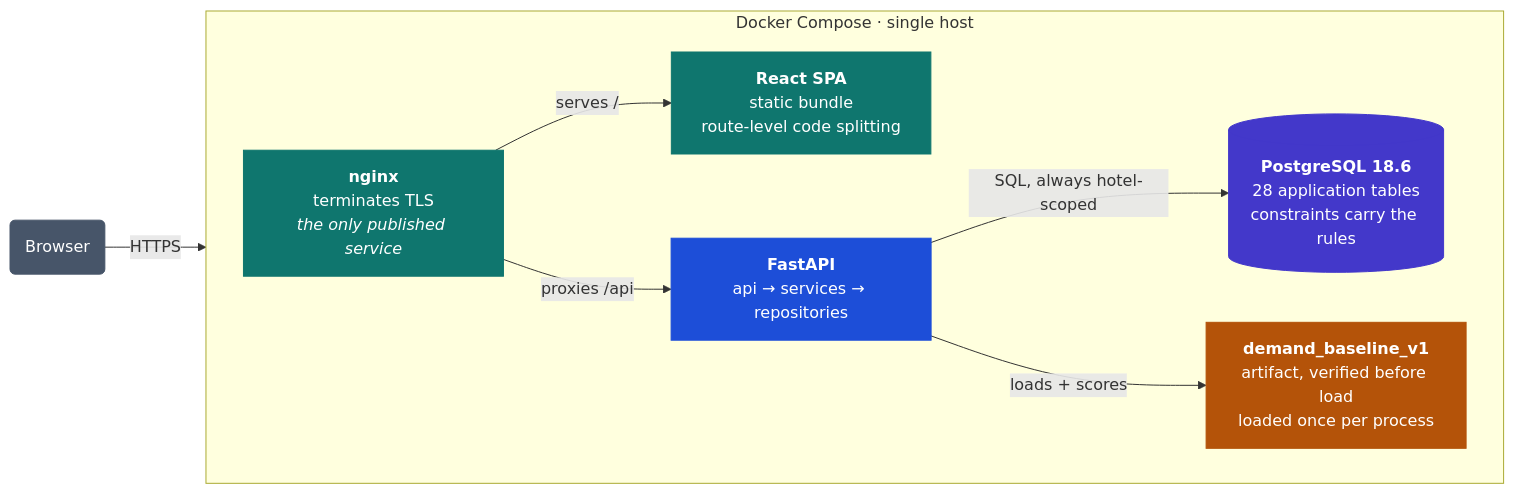
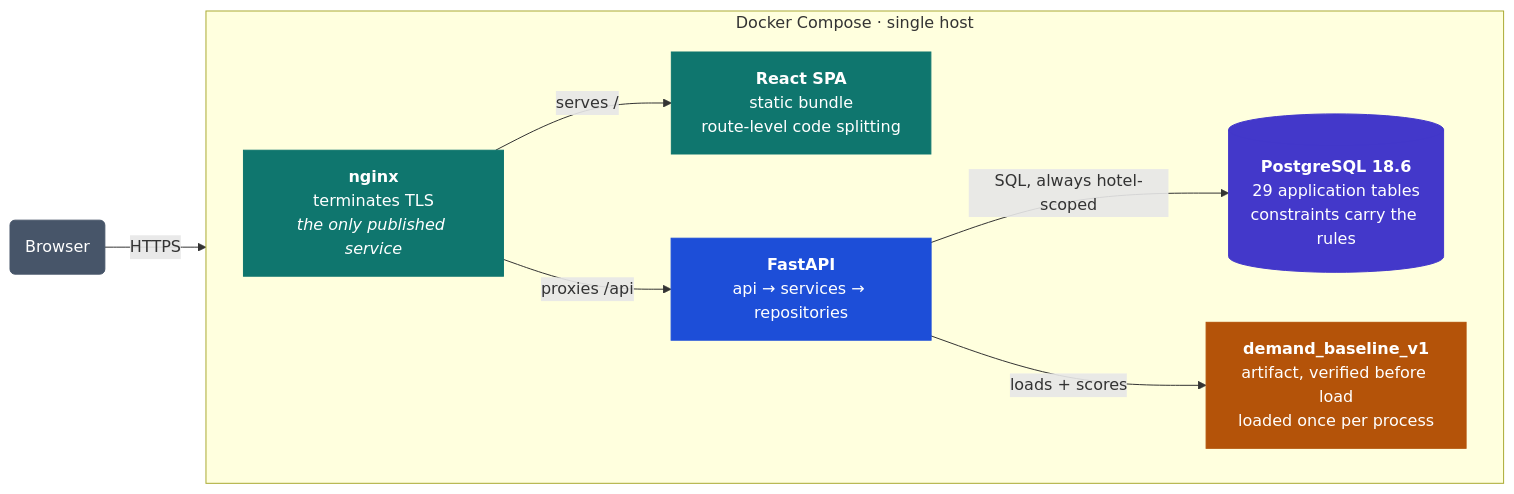
The first of 3 diagrams in README.md (geortsam/AI_Hotel_Intelligence_Platform), drawn with Mermaid before and after one commit. The commit also changed other lines of this file and 84 other files, not shown here.

````diff
--- a/README.md
+++ b/README.md
@@ -222,30 +222,30 @@
 ```mermaid
 flowchart LR
     B("Browser")
 
     subgraph host["Docker Compose · single host"]
         direction LR
         N["<b>nginx</b><br/>terminates TLS<br/><i>the only published service</i>"]
         S["<b>React SPA</b><br/>static bundle<br/>route-level code splitting"]
         A["<b>FastAPI</b><br/>api → services → repositories"]
         M["<b>demand_baseline_v1</b><br/>artifact, verified before load<br/>loaded once per process"]
-        D[("<b>PostgreSQL 18.6</b><br/>28 application tables<br/>constraints carry the rules")]
+        D[("<b>PostgreSQL 18.6</b><br/>29 application tables<br/>constraints carry the rules")]
     end
 
     B -- "HTTPS" --> N
     N -- "serves /" --> S
     N -- "proxies /api" --> A
     A -- "SQL, always hotel-scoped" --> D
     A -- "loads + scores" --> M
 
     classDef edge fill:#0f766e,stroke:#0f766e,color:#ffffff
     classDef app fill:#1d4ed8,stroke:#1d4ed8,color:#ffffff
     classDef data fill:#4338ca,stroke:#4338ca,color:#ffffff
     classDef model fill:#b45309,stroke:#b45309,color:#ffffff
     classDef ext fill:#475569,stroke:#475569,color:#ffffff
     class N,S edge
     class A app
     class D data
     class M model
     class B ext
 ```
````
